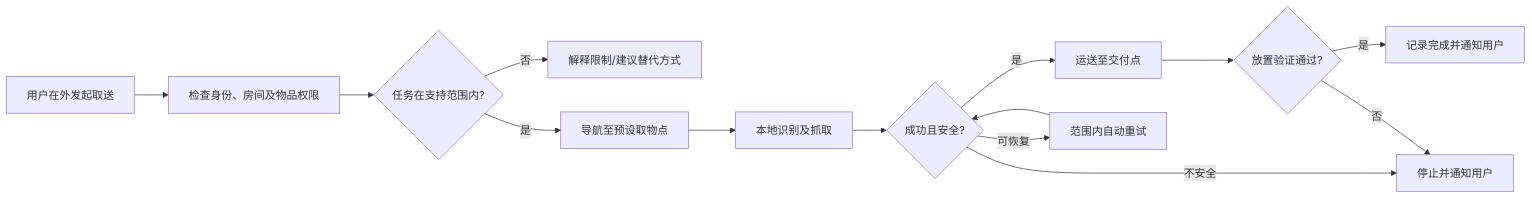
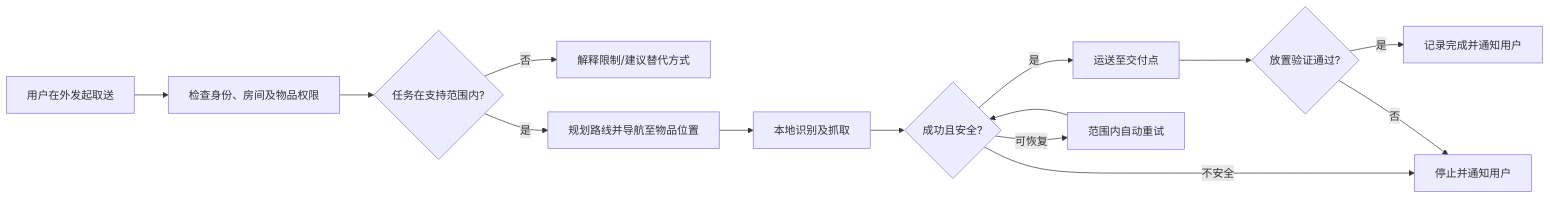
One commit to kari-leo/windborne-blog changed the first of 4 diagrams in src/content/projectDocuments/homeAgent/home-agent.md. Above: the diagram before and after it, drawn with Mermaid. The commit also changed other lines of this file and 13 other files, not shown here.

````diff
--- a/src/content/projectDocuments/homeAgent/home-agent.md
+++ b/src/content/projectDocuments/homeAgent/home-agent.md
@@ -77,16 +77,16 @@
 ```mermaid
 flowchart LR
     A[用户在外发起取送] --> B[检查身份、房间及物品权限]
     B --> C{任务在支持范围内?}
     C -- 否 --> D[解释限制/建议替代方式]
-    C -- 是 --> E[导航至预设取物点]
+    C -- 是 --> E[规划路线并导航至物品位置]
     E --> F[本地识别及抓取]
     F --> G{成功且安全?}
     G -- 是 --> H[运送至交付点]
     G -- 可恢复 --> I[范围内自动重试]
     G -- 不安全 --> J[停止并通知用户]
     I --> G
     H --> K{放置验证通过?}
     K -- 是 --> L[记录完成并通知用户]
     K -- 否 --> J
 ```
````
